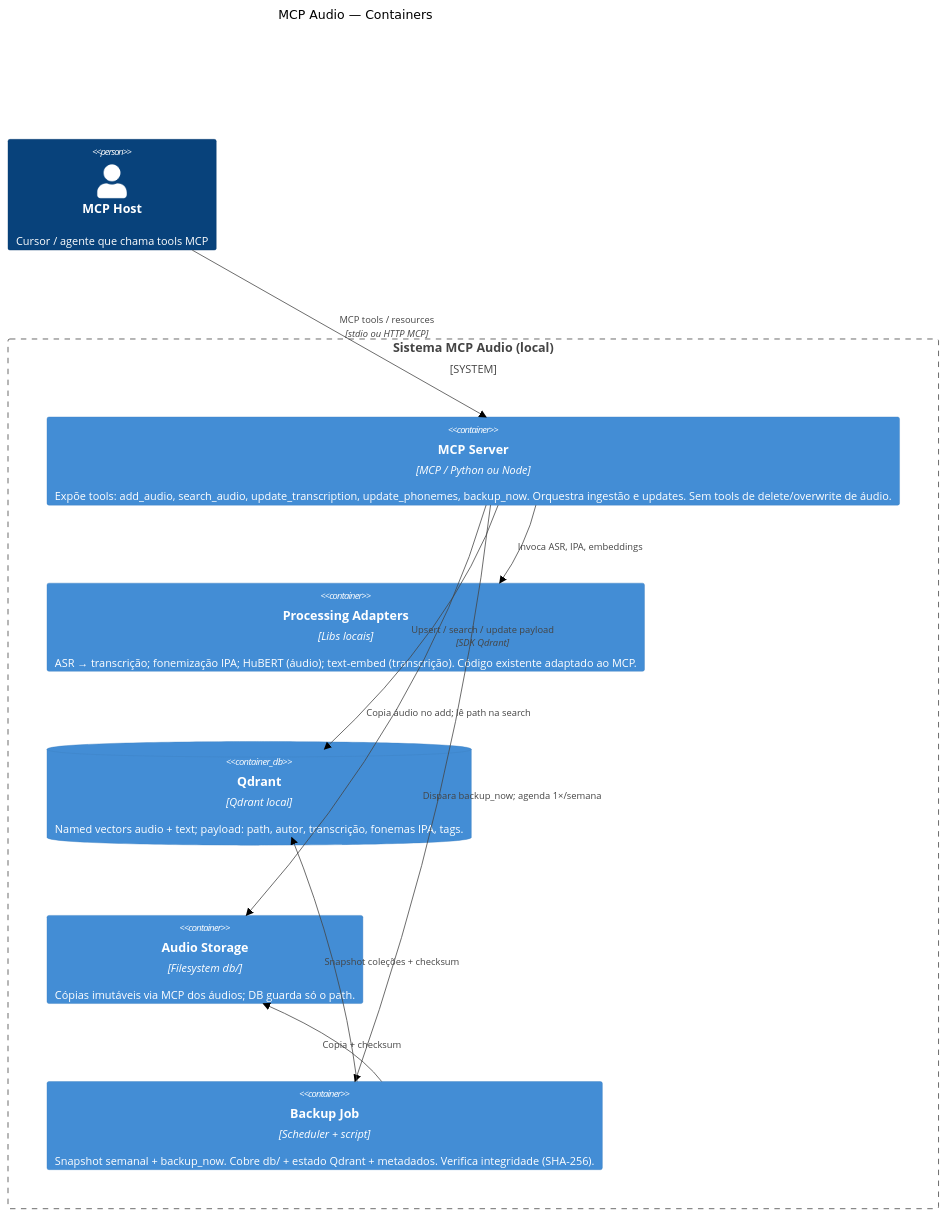
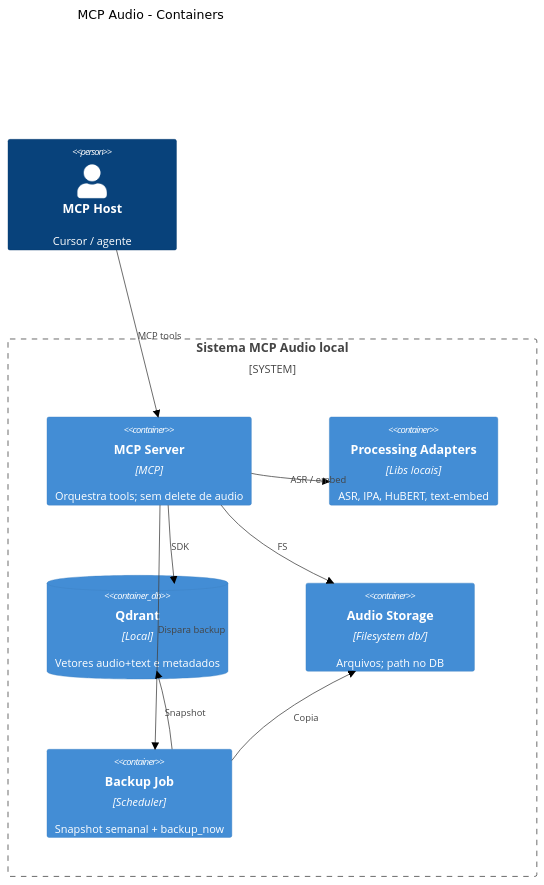
One commit to CarlosERM/audio-mcp-pos changed the diagram in docs/architecture/c4-containers-mcp-audio.md. Above: the diagram before and after it, drawn with Mermaid (forest theme).

Commit message:
Refine C4 container diagram for MCP Audio: updated titles, clarified container descriptions, and streamlined relationships for better readability.

````diff
--- a/docs/architecture/c4-containers-mcp-audio.md
+++ b/docs/architecture/c4-containers-mcp-audio.md
@@ -11,24 +13,22 @@
 ```mermaid
 C4Container
-title MCP Audio — Containers
+title MCP Audio - Containers
 
-Person(agent, "MCP Host", "Cursor / agente que chama tools MCP")
+Person(agent, "MCP Host", "Cursor / agente")
 
-System_Boundary(mcp_system, "Sistema MCP Audio (local)") {
-    Container(mcp, "MCP Server", "MCP / Python ou Node", "Expõe tools: add_audio, search_audio, update_transcription, update_phonemes, backup_now. Orquestra ingestão e updates. Sem tools de delete/overwrite de áudio.")
-    Container(proc, "Processing Adapters", "Libs locais", "ASR → transcrição; fonemização IPA; HuBERT (áudio); text-embed (transcrição). Código existente adaptado ao MCP.")
-    ContainerDb(qdrant, "Qdrant", "Qdrant local", "Named vectors audio + text; payload: path, autor, transcrição, fonemas IPA, tags.")
-    Container(store, "Audio Storage", "Filesystem db/", "Cópias imutáveis via MCP dos áudios; DB guarda só o path.")
-    Container(backup, "Backup Job", "Scheduler + script", "Snapshot semanal + backup_now. Cobre db/ + estado Qdrant + metadados. Verifica integridade (SHA-256).")
+System_Boundary(mcp_system, "Sistema MCP Audio local") {
+    Container(mcp, "MCP Server", "MCP", "Orquestra tools; sem delete de audio")
+    Container(proc, "Processing Adapters", "Libs locais", "ASR, IPA, HuBERT, text-embed")
+    ContainerDb(qdrant, "Qdrant", "Local", "Vetores audio+text e metadados")
+    Container(store, "Audio Storage", "Filesystem db/", "Arquivos; path no DB")
+    Container(backup, "Backup Job", "Scheduler", "Snapshot semanal + backup_now")
 }
 
-Rel(agent, mcp, "MCP tools / resources", "stdio ou HTTP MCP")
-Rel(mcp, proc, "Invoca ASR, IPA, embeddings")
-Rel(mcp, store, "Copia áudio no add; lê path na search")
-Rel(mcp, qdrant, "Upsert / search / update payload", "SDK Qdrant")
-Rel(mcp, backup, "Dispara backup_now; agenda 1×/semana")
-Rel(backup, store, "Copia + checksum")
-Rel(backup, qdrant, "Snapshot coleções + checksum")
-
-UpdateRelStyle(agent, mcp, $offsetY="-20")
+Rel(agent, mcp, "MCP tools")
+Rel(mcp, proc, "ASR / embed")
+Rel(mcp, store, "FS")
+Rel(mcp, qdrant, "SDK")
+Rel(mcp, backup, "Dispara backup")
+Rel(backup, store, "Copia")
+Rel(backup, qdrant, "Snapshot")
 ```
````
